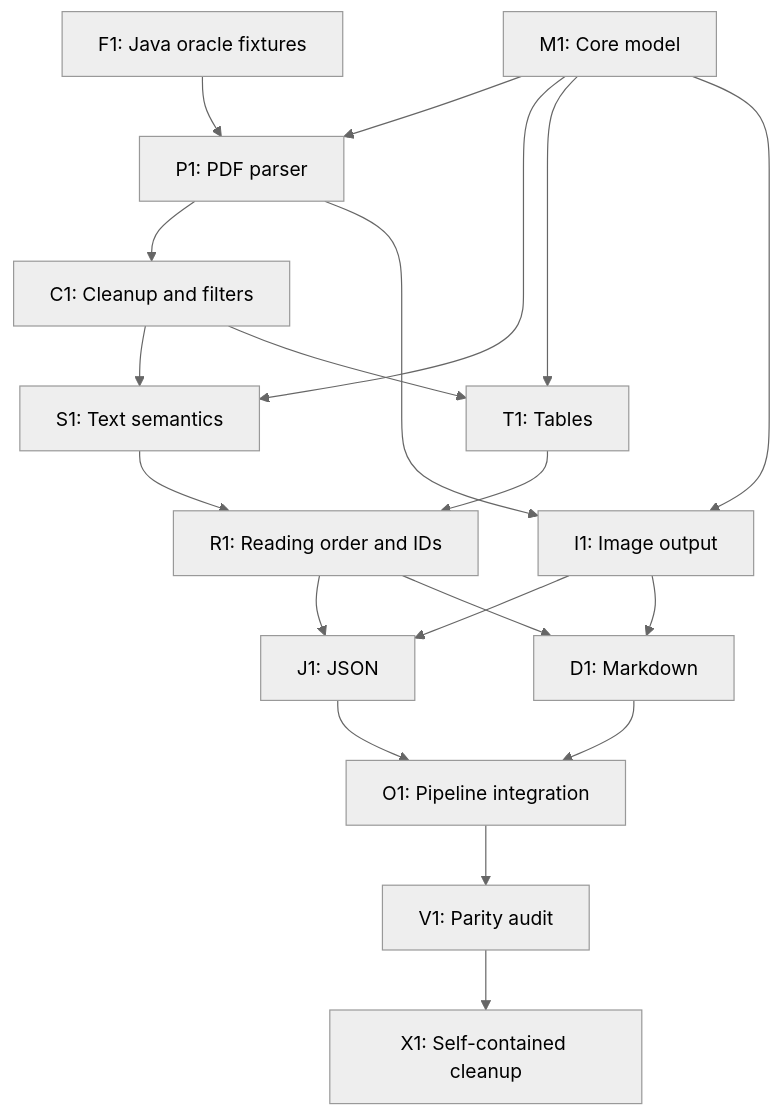
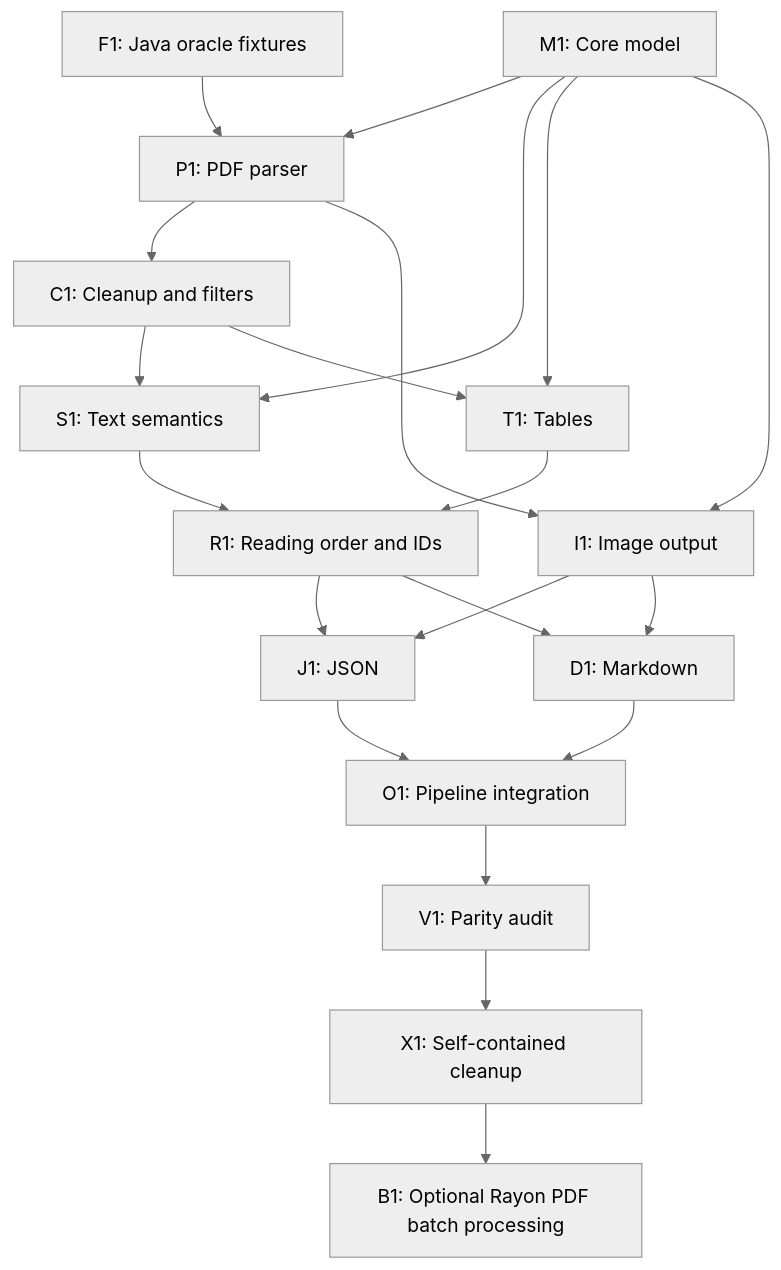
The diagram in .codex/TASK.md (aaarrti/opendataloader-pdf), drawn with Mermaid (neutral theme) before and after one commit. The commit also changed other lines of this file and 2 other files, not shown here.

Commit message:
Add optional parallel PDF conversion

````diff
--- a/.codex/TASK.md
+++ b/.codex/TASK.md
@@ -51,22 +51,23 @@
 ```mermaid
 flowchart TD
     F1["F1: Java oracle fixtures"] --> P1["P1: PDF parser"]
     M1["M1: Core model"] --> P1
     P1 --> C1["C1: Cleanup and filters"]
     M1 --> S1["S1: Text semantics"]
     C1 --> S1
     M1 --> T1["T1: Tables"]
     C1 --> T1
     M1 --> I1["I1: Image output"]
     P1 --> I1
     S1 --> R1["R1: Reading order and IDs"]
     T1 --> R1
     R1 --> J1["J1: JSON"]
     R1 --> D1["D1: Markdown"]
     I1 --> J1
     I1 --> D1
     J1 --> O1["O1: Pipeline integration"]
     D1 --> O1
     O1 --> V1["V1: Parity audit"]
     V1 --> X1["X1: Self-contained cleanup"]
+    X1 --> B1["B1: Optional Rayon PDF batch processing"]
 ```
````
